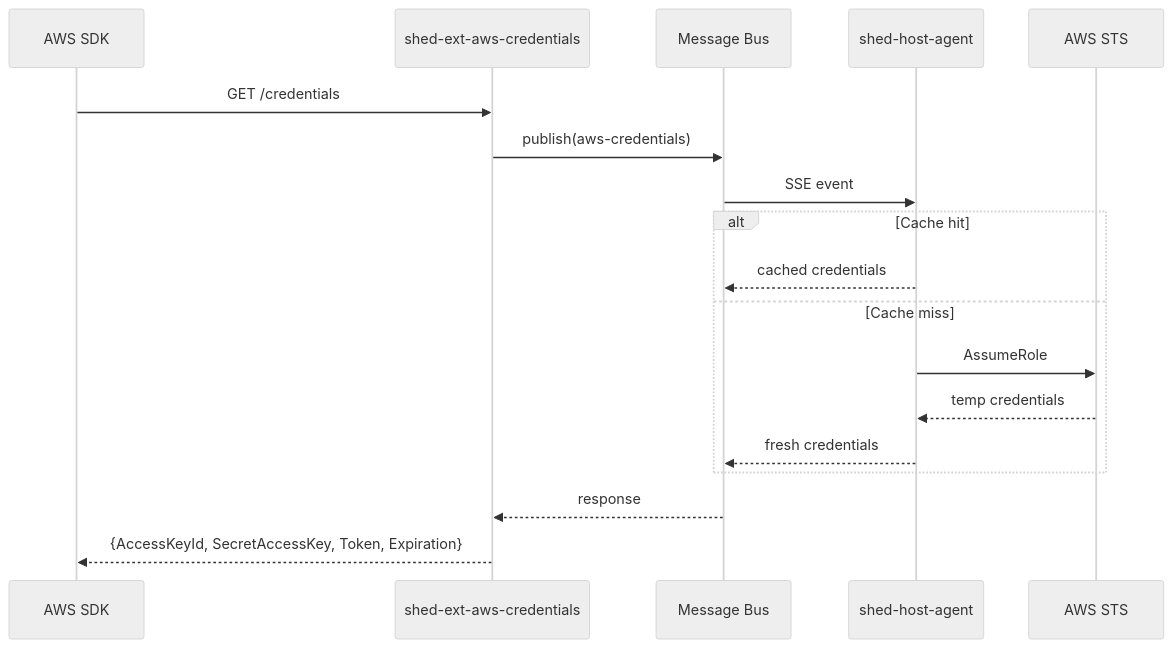
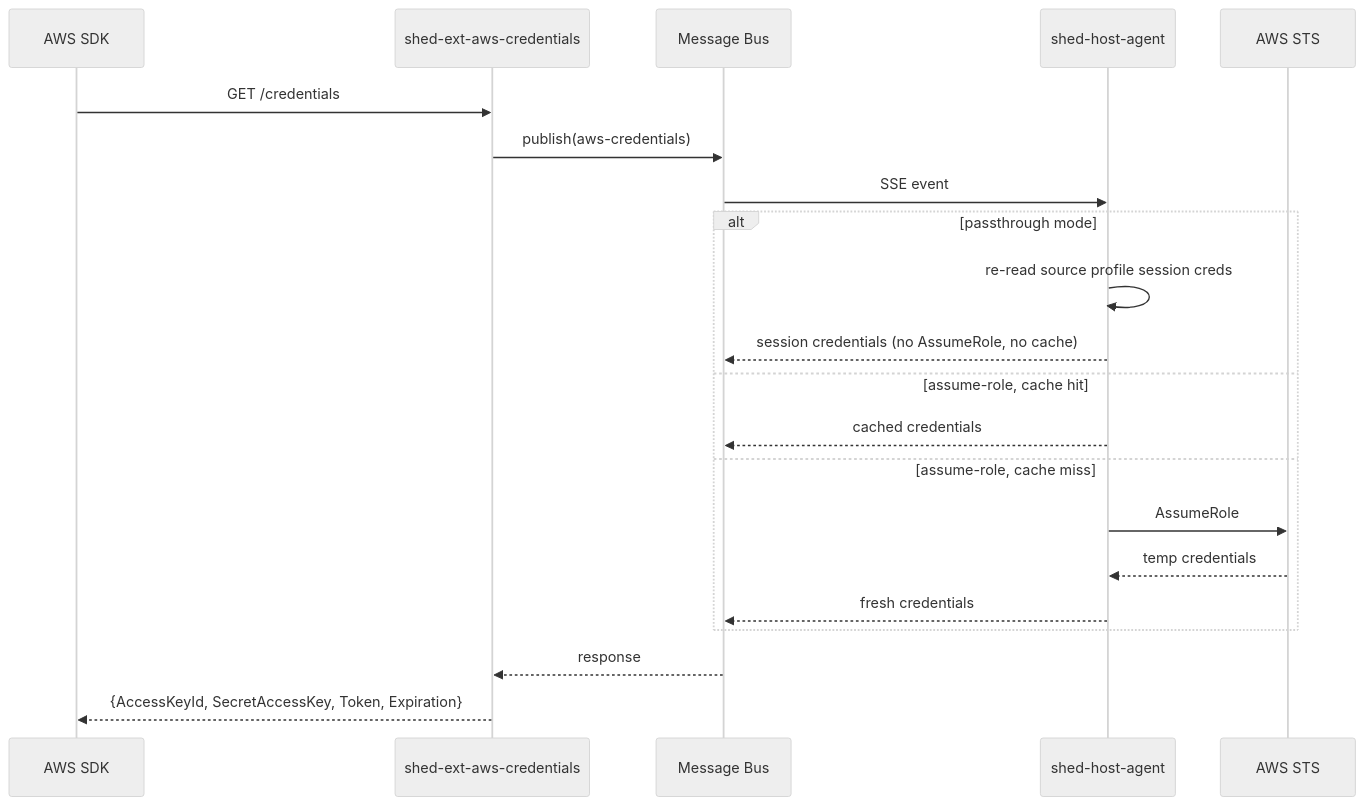
Before and after one commit to charliek/shed-extensions: the second of 3 diagrams in docs/development/architecture.md, drawn with Mermaid (neutral theme). The commit also changed other lines of this file and 19 other files, not shown here.

First line of the commit message:
feat(aws): opt-in passthrough mode for aws-credentials (#33)

````diff
--- a/docs/development/architecture.md
+++ b/docs/development/architecture.md
@@ -52,21 +52,24 @@
 ```mermaid
 sequenceDiagram
     participant SDK as AWS SDK
     participant Proxy as shed-ext-aws-credentials
     participant Bus as Message Bus
     participant Host as shed-host-agent
     participant STS as AWS STS
 
     SDK->>Proxy: GET /credentials
     Proxy->>Bus: publish(aws-credentials)
     Bus->>Host: SSE event
-    alt Cache hit
+    alt passthrough mode
+        Host->>Host: re-read source profile session creds
+        Host-->>Bus: session credentials (no AssumeRole, no cache)
+    else assume-role, cache hit
         Host-->>Bus: cached credentials
-    else Cache miss
+    else assume-role, cache miss
         Host->>STS: AssumeRole
         STS-->>Host: temp credentials
         Host-->>Bus: fresh credentials
     end
     Bus-->>Proxy: response
     Proxy-->>SDK: {AccessKeyId, SecretAccessKey, Token, Expiration}
 ```
````
